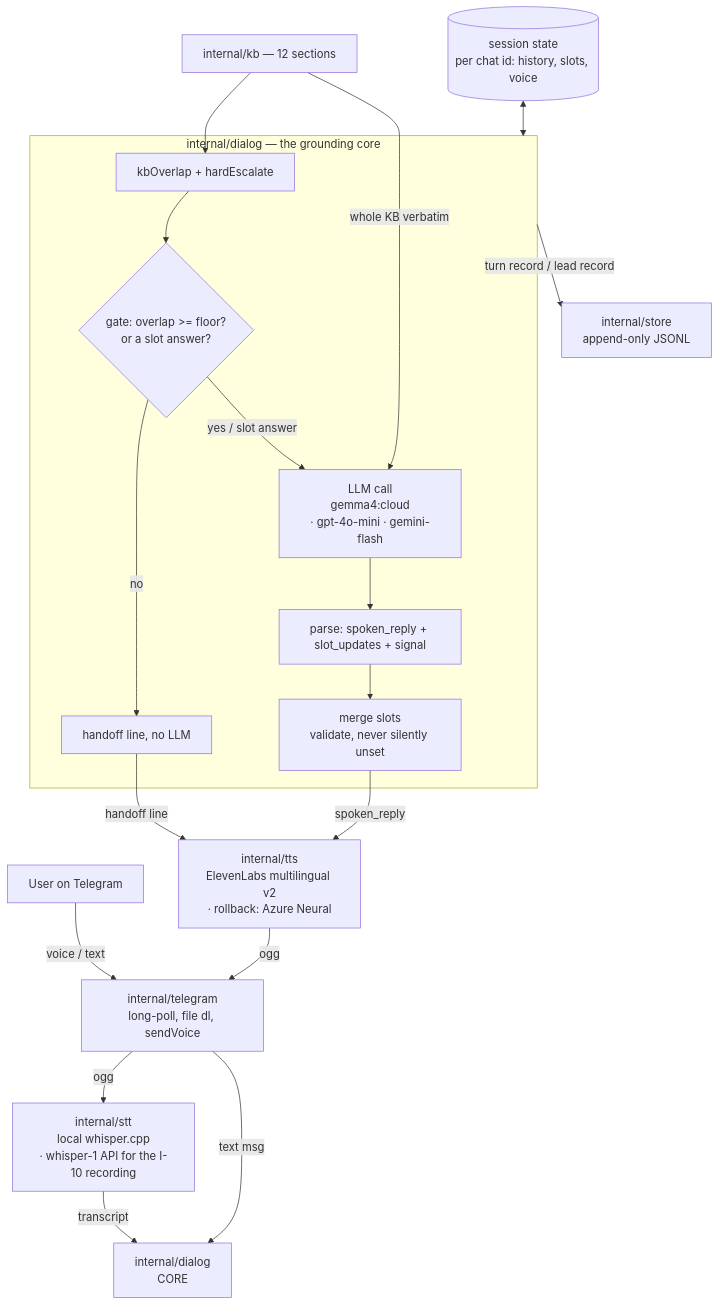
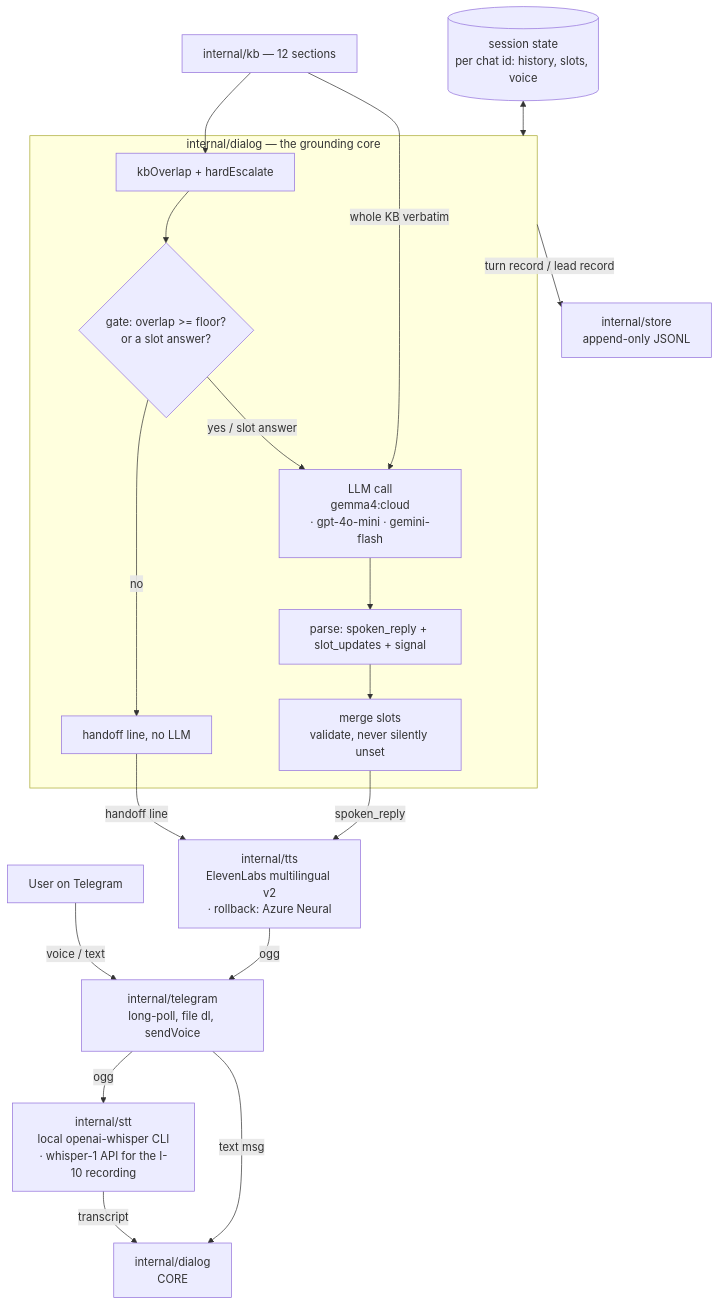
Before and after one commit to valpere/v2v-demo: the diagram in docs/architecture.md, drawn with Mermaid. The commit also changed other lines of this file and 4 other files, not shown here.

First line of the commit message:
STT local backend: openai-whisper CLI (not whisper.cpp)

````diff
--- a/docs/architecture.md
+++ b/docs/architecture.md
@@ -29,24 +29,24 @@
 ```mermaid
 flowchart TD
     U[User on Telegram] -->|voice / text| TG[internal/telegram\nlong-poll, file dl, sendVoice]
-    TG -->|ogg| STT[internal/stt\nlocal whisper.cpp\n· whisper-1 API for the I-10 recording]
+    TG -->|ogg| STT[internal/stt\nlocal openai-whisper CLI\n· whisper-1 API for the I-10 recording]
     STT -->|transcript| D[internal/dialog\nCORE]
     TG -->|text msg| D
 
     subgraph CORE [internal/dialog — the grounding core]
         R[kbOverlap + hardEscalate] --> G{gate: overlap >= floor?\nor a slot answer?}
         G -->|no| ESC[handoff line, no LLM]
         G -->|yes / slot answer| LLM[LLM call\ngemma4:cloud\n· gpt-4o-mini · gemini-flash]
         LLM --> P[parse: spoken_reply + slot_updates + signal]
         P --> M[merge slots\nvalidate, never silently unset]
     end
 
     KB[internal/kb — 12 sections] --> R
     KB -->|whole KB verbatim| LLM
     S[(session state\nper chat id: history, slots, voice)] <--> CORE
 
     M -->|spoken_reply| TTS[internal/tts\nElevenLabs multilingual v2\n· rollback: Azure Neural]
     ESC -->|handoff line| TTS
     TTS -->|ogg| TG
     CORE -->|turn record / lead record| LOG[internal/store\nappend-only JSONL]
 ```
````
